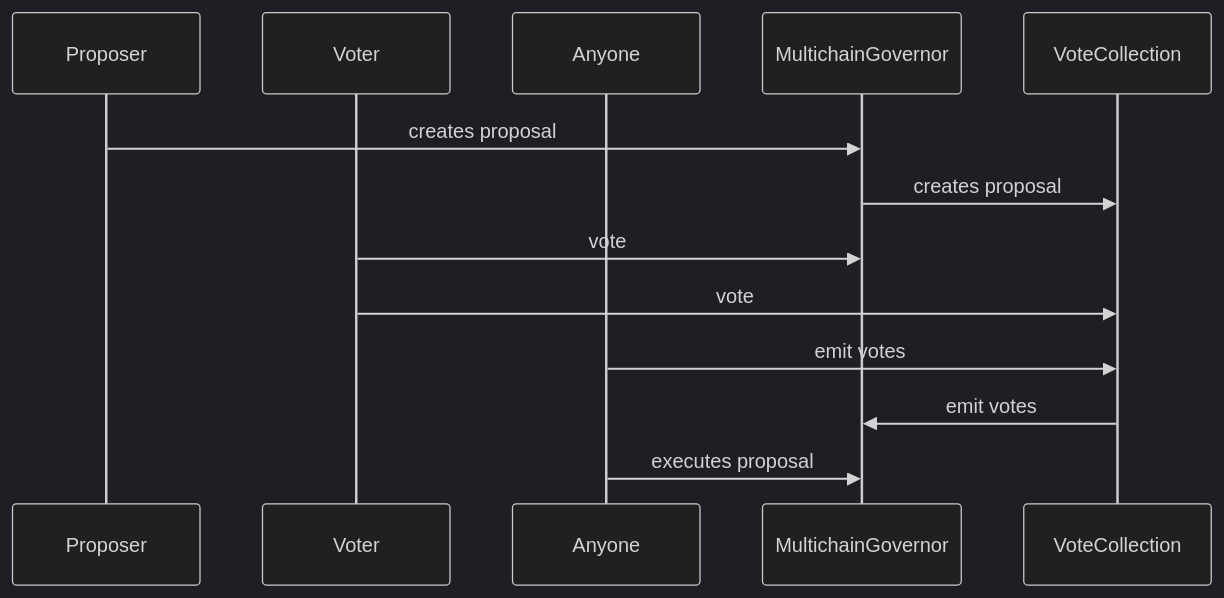
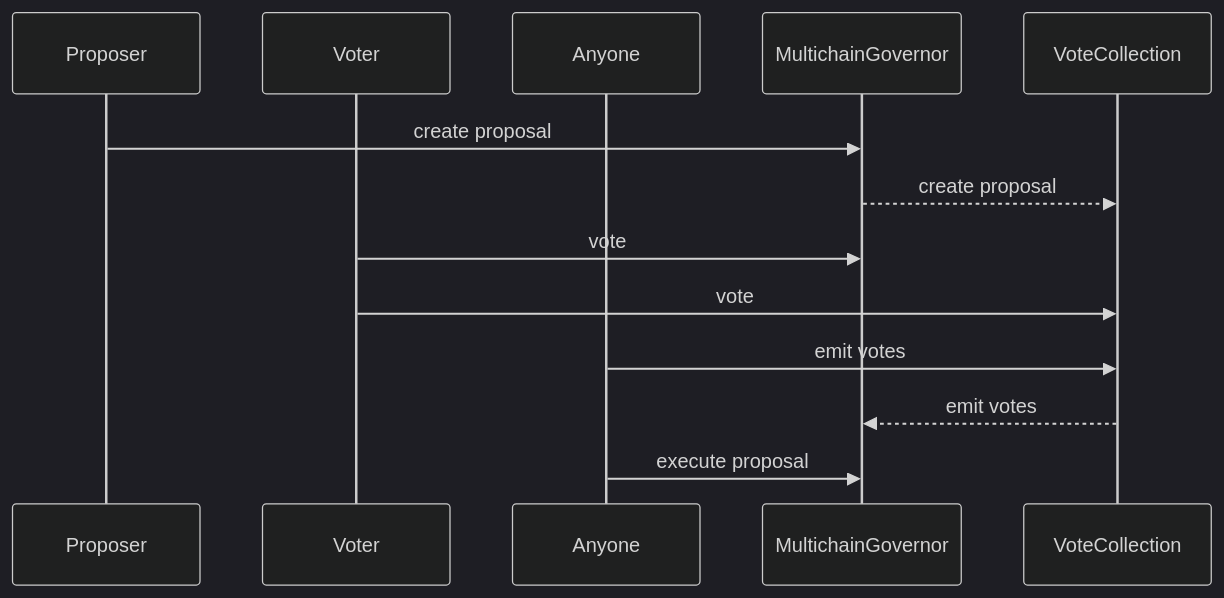
One commit to moonwell-fi/moonwell-contracts-v2 changed the first of 2 diagrams in docs/governance/contracts/MULTICHAINGOVERNOR.md. Above: the diagram before and after it, drawn with Mermaid (dark theme). The commit also changed other lines of this file, not shown here.

Commit message:
graph diagram

````diff
--- a/docs/governance/contracts/MULTICHAINGOVERNOR.md
+++ b/docs/governance/contracts/MULTICHAINGOVERNOR.md
@@ -18,15 +18,15 @@
 ```mermaid
 sequenceDiagram
     participant Proposer
     participant Voter
     participant Anyone
     participant MultichainGovernor
     participant VoteCollection
-    Proposer->>MultichainGovernor: creates proposal
-    MultichainGovernor->>VoteCollection: creates proposal
+    Proposer->>MultichainGovernor: create proposal
+    MultichainGovernor-->>VoteCollection: create proposal
     Voter->>MultichainGovernor: vote
     Voter->>VoteCollection: vote
     Anyone->>VoteCollection: emit votes
-    VoteCollection->>MultichainGovernor: emit votes
-    Anyone->>MultichainGovernor: executes proposal
+    VoteCollection-->>MultichainGovernor: emit votes
+    Anyone->>MultichainGovernor: execute proposal
 ```
````
